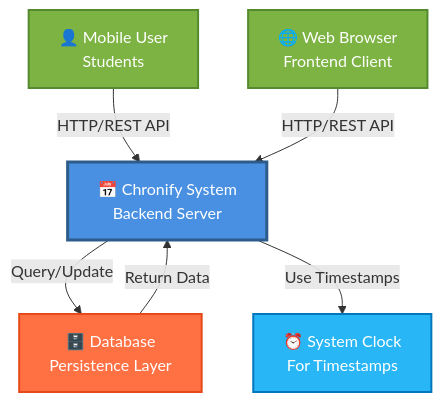
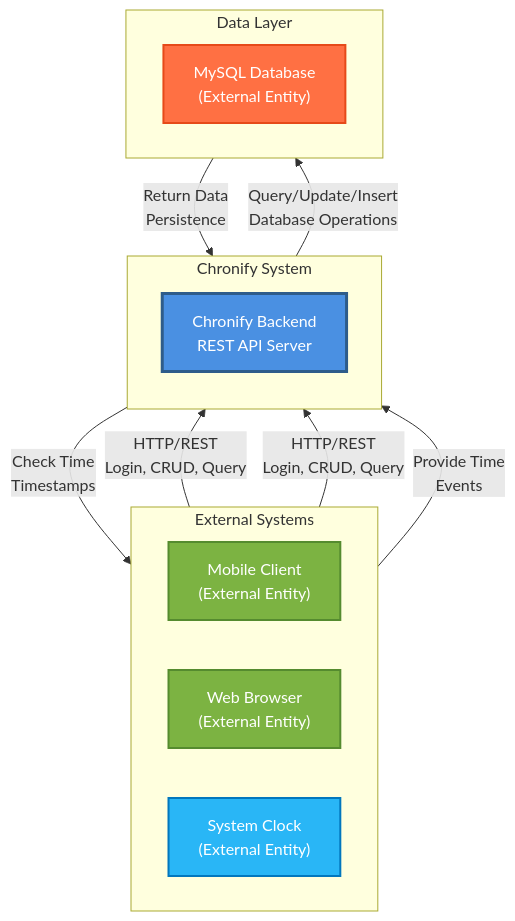
The first of 11 diagrams in chronify_system_models_back-end.md (Dan5N/Chronify_back-end), drawn with Mermaid before and after one commit. The commit also changed other lines of this file, not shown here.

First line of the commit message:
docs(architecture): 更新系统模型图并细化业务流程描述

````diff
--- a/chronify_system_models_back-end.md
+++ b/chronify_system_models_back-end.md
@@ -19,20 +19,32 @@
 ```mermaid
 graph TB
-    User["👤 Mobile User<br/>Students"]
-    Browser["🌐 Web Browser<br/>Frontend Client"]
-    Chronify["📅 Chronify System<br/>Backend Server"]
-    DB["🗄️ Database<br/>Persistence Layer"]
-    Clock["⏰ System Clock<br/>For Timestamps"]
-
-    User -->|HTTP/REST API| Chronify
-    Browser -->|HTTP/REST API| Chronify
-    Chronify -->|Query/Update| DB
-    Chronify -->|Use Timestamps| Clock
-    DB -->|Return Data| Chronify
-  
-    style Chronify fill:#4A90E2,stroke:#2E5C8A,stroke-width:3px,color:#fff
-    style User fill:#7CB342,stroke:#558B2F,stroke-width:2px,color:#fff
-    style Browser fill:#7CB342,stroke:#558B2F,stroke-width:2px,color:#fff
+    subgraph "External Systems"
+        direction LR
+        MC["Mobile Client<br/>(External Entity)"]
+        WB["Web Browser<br/>(External Entity)"]
+        Clock["System Clock<br/>(External Entity)"]
+    end
+    
+    subgraph "Chronify System"
+        direction TB
+        CS["Chronify Backend<br/>REST API Server"]
+    end
+    
+    subgraph "Data Layer"
+        direction LR
+        DB["MySQL Database<br/>(External Entity)"]
+    end
+    
+    MC -->|HTTP/REST<br/>Login, CRUD, Query| CS
+    WB -->|HTTP/REST<br/>Login, CRUD, Query| CS
+    CS -->|Query/Update/Insert<br/>Database Operations| DB
+    CS -->|Check Time<br/>Timestamps| Clock
+    DB -->|Return Data<br/>Persistence| CS
+    Clock -->|Provide Time<br/>Events| CS
+    
+    style MC fill:#7CB342,stroke:#558B2F,stroke-width:2px,color:#fff
+    style WB fill:#7CB342,stroke:#558B2F,stroke-width:2px,color:#fff
+    style CS fill:#4A90E2,stroke:#2E5C8A,stroke-width:3px,color:#fff
     style DB fill:#FF7043,stroke:#E64A19,stroke-width:2px,color:#fff
     style Clock fill:#29B6F6,stroke:#0277BD,stroke-width:2px,color:#fff
 ```
````
